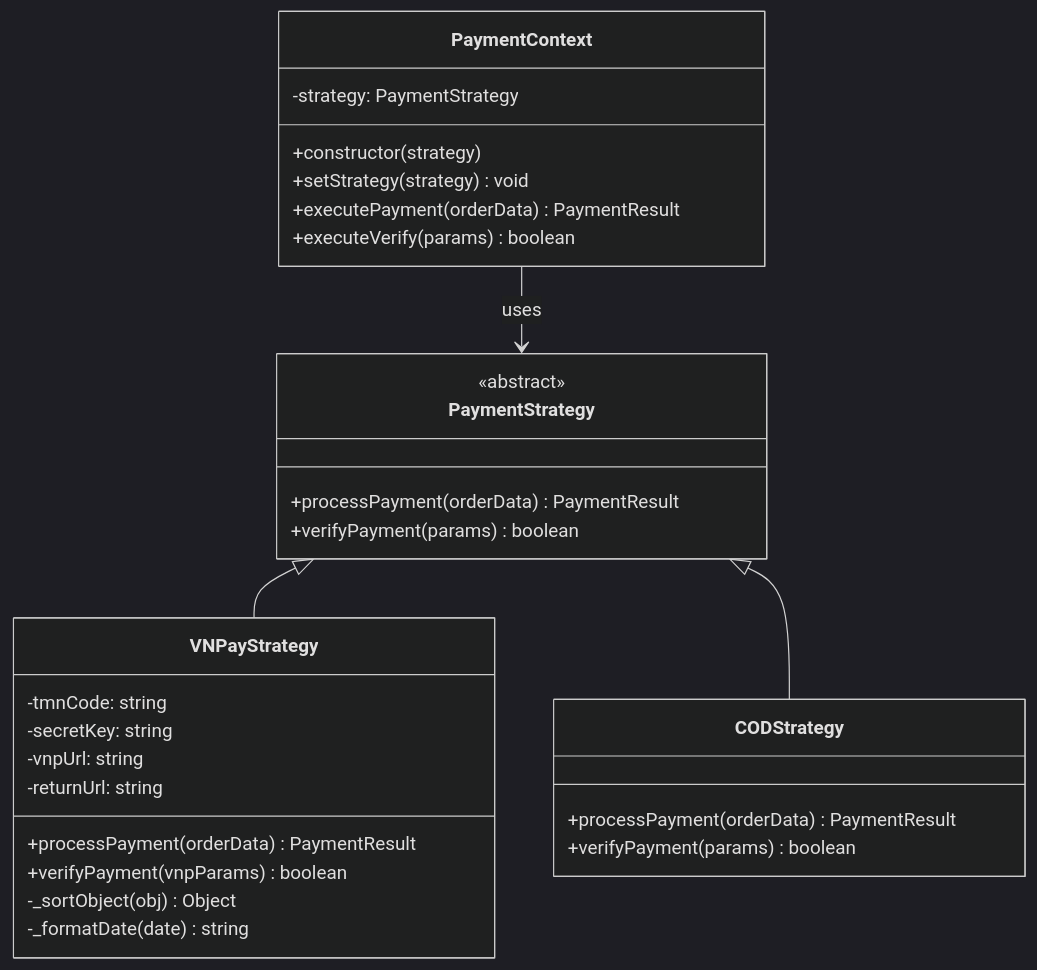
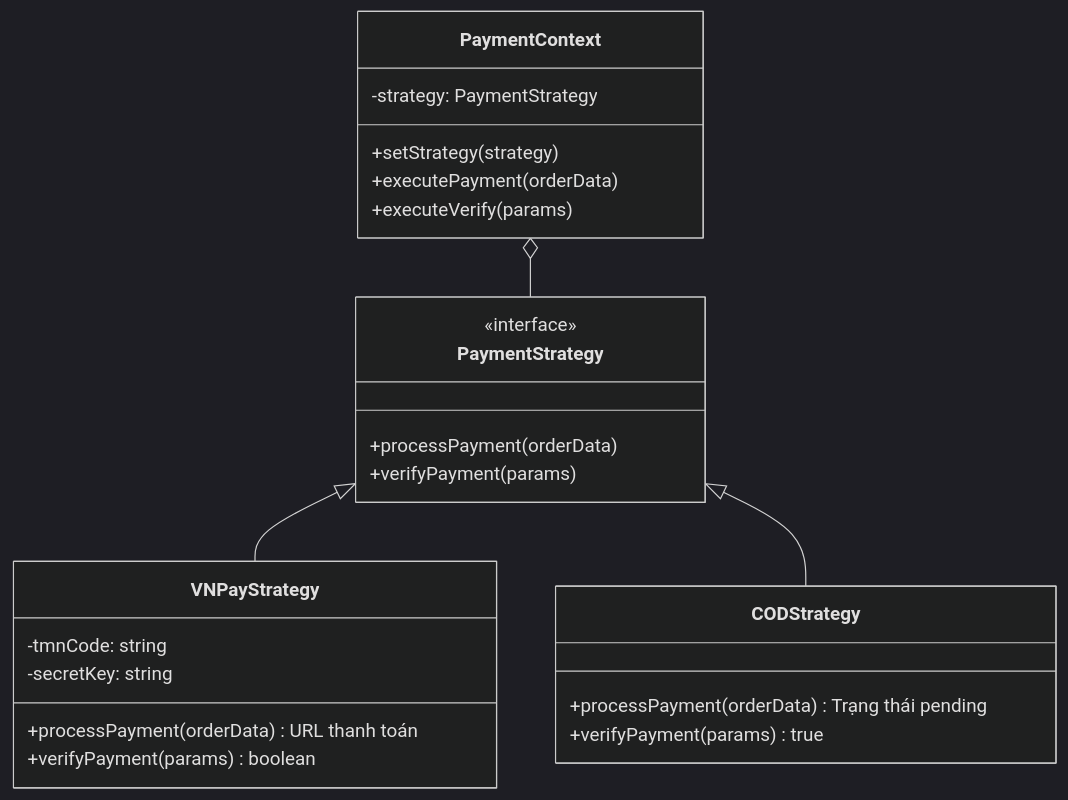
Before and after one commit to nguyensykimbang321-arch/KTvsTKPM: the first of 5 diagrams in docs/design-patterns.md, drawn with Mermaid (dark theme). The commit also changed other lines of this file and 15 other files, not shown here.

````diff
--- a/docs/design-patterns.md
+++ b/docs/design-patterns.md
@@ -39,36 +74,27 @@
 ```mermaid
 classDiagram
     class PaymentStrategy {
-        <<abstract>>
-        +processPayment(orderData) PaymentResult
-        +verifyPayment(params) boolean
+        <<interface>>
+        +processPayment(orderData)
+        +verifyPayment(params)
     }
-
     class VNPayStrategy {
         -tmnCode: string
         -secretKey: string
-        -vnpUrl: string
-        -returnUrl: string
-        +processPayment(orderData) PaymentResult
-        +verifyPayment(vnpParams) boolean
-        -_sortObject(obj) Object
-        -_formatDate(date) string
-    }
-
-    class CODStrategy {
-        +processPayment(orderData) PaymentResult
+        +processPayment(orderData) URL thanh toán
         +verifyPayment(params) boolean
     }
-
+    class CODStrategy {
+        +processPayment(orderData) Trạng thái pending
+        +verifyPayment(params) true
+    }
     class PaymentContext {
         -strategy: PaymentStrategy
-        +constructor(strategy)
-        +setStrategy(strategy) void
-        +executePayment(orderData) PaymentResult
-        +executeVerify(params) boolean
+        +setStrategy(strategy)
+        +executePayment(orderData)
+        +executeVerify(params)
     }
-
     PaymentStrategy <|-- VNPayStrategy
     PaymentStrategy <|-- CODStrategy
-    PaymentContext --> PaymentStrategy : uses
+    PaymentContext o-- PaymentStrategy
 ```
````
